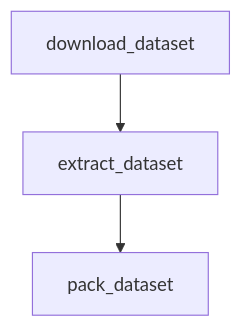
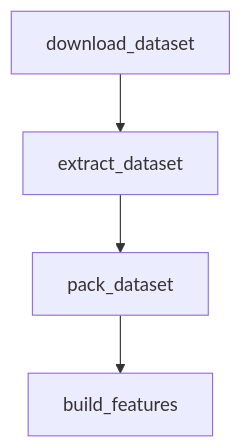
The first of 2 diagrams in PIPELINE.md (u-masao/two-tower-model-tutorial), drawn with Mermaid before and after one commit. The commit also changed other lines of this file, not shown here.

````diff
--- a/PIPELINE.md
+++ b/PIPELINE.md
@@ -7,8 +7,10 @@
 ```mermaid
 flowchart TD
-	node1["download_dataset"]
-	node2["extract_dataset"]
-	node3["pack_dataset"]
-	node1-->node2
+	node1["build_features"]
+	node2["download_dataset"]
+	node3["extract_dataset"]
+	node4["pack_dataset"]
 	node2-->node3
+	node3-->node4
+	node4-->node1
 ```
````
